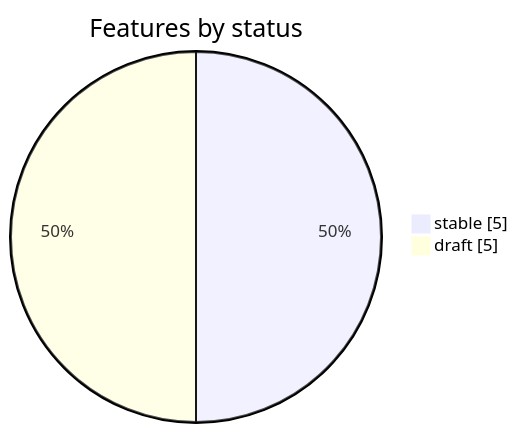
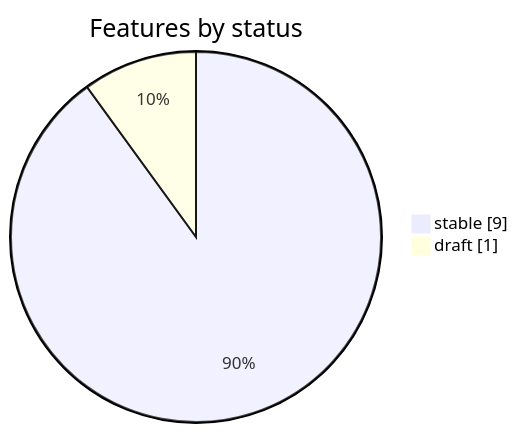
One commit to korczis/OpenTTD changed the ninth of 12 diagrams in README.md. Above: the diagram before and after it, drawn with Mermaid. The commit also changed other lines of this file and 14 other files, not shown here.

````diff
--- a/README.md
+++ b/README.md
@@ -1342,6 +1342,6 @@
 ```mermaid
 pie showData title Features by status
     %% links: README.md?col=Status&filter=stable#042-published-surfaces | README.md?col=Status&filter=draft#042-published-surfaces
-    "stable" : 5
-    "draft" : 5
+    "stable" : 9
+    "draft" : 1
 ```
````
